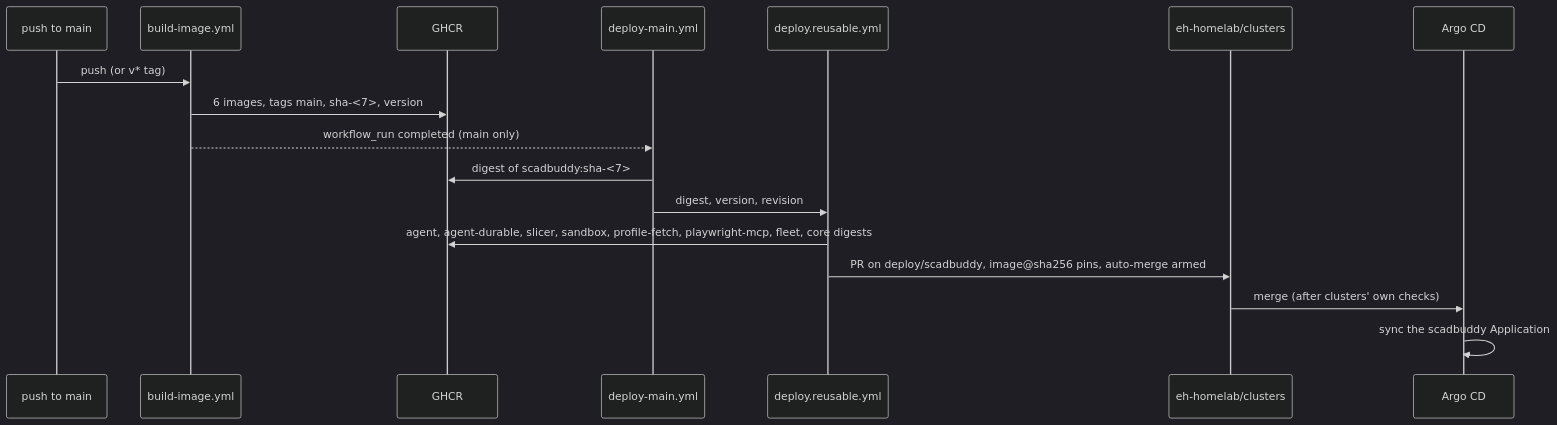
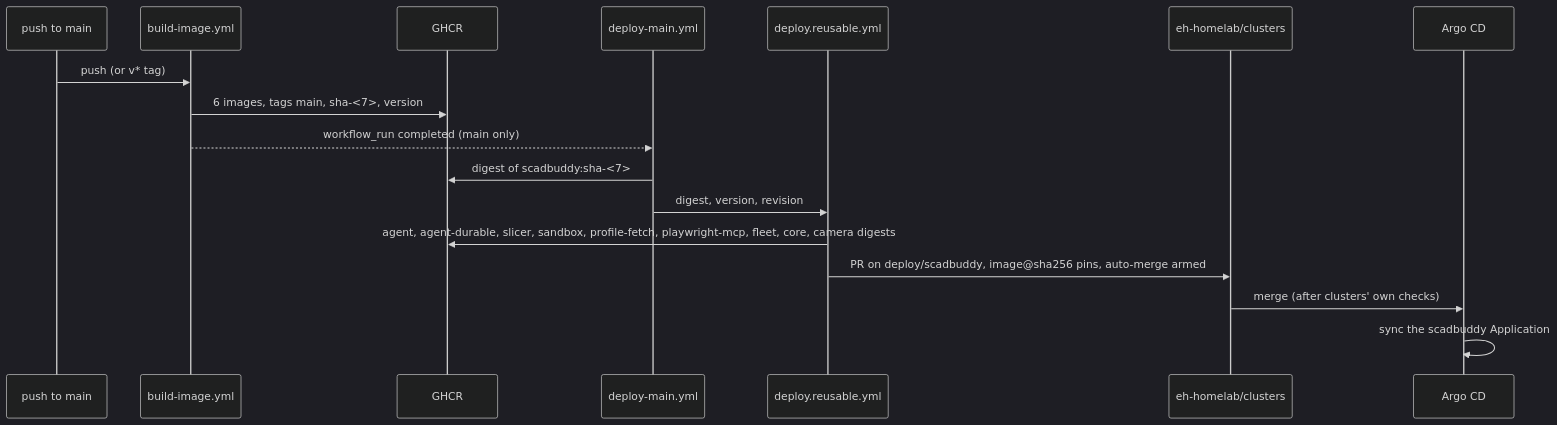
One commit to eh-homelab/ScadBuddy changed the diagram in docs/architecture/ci-and-deploy.md. Above: the diagram before and after it, drawn with Mermaid (dark theme). The commit also changed other lines of this file and 5 other files, not shown here.

````diff
--- a/docs/architecture/ci-and-deploy.md
+++ b/docs/architecture/ci-and-deploy.md
@@ -41,19 +41,19 @@
 ```mermaid
 sequenceDiagram
     participant Main as push to main
     participant BI as build-image.yml
     participant GHCR
     participant DM as deploy-main.yml
     participant DR as deploy.reusable.yml
     participant CL as eh-homelab/clusters
     participant Argo as Argo CD
     Main->>BI: push (or v* tag)
     BI->>GHCR: 6 images, tags main, sha-<7>, version
     BI-->>DM: workflow_run completed (main only)
     DM->>GHCR: digest of scadbuddy:sha-<7>
     DM->>DR: digest, version, revision
-    DR->>GHCR: agent, agent-durable, slicer, sandbox, profile-fetch, playwright-mcp, fleet, core digests
+    DR->>GHCR: agent, agent-durable, slicer, sandbox, profile-fetch, playwright-mcp, fleet, core, camera digests
     DR->>CL: PR on deploy/scadbuddy, image@sha256 pins, auto-merge armed
     CL->>Argo: merge (after clusters' own checks)
     Argo->>Argo: sync the scadbuddy Application
 ```
````
